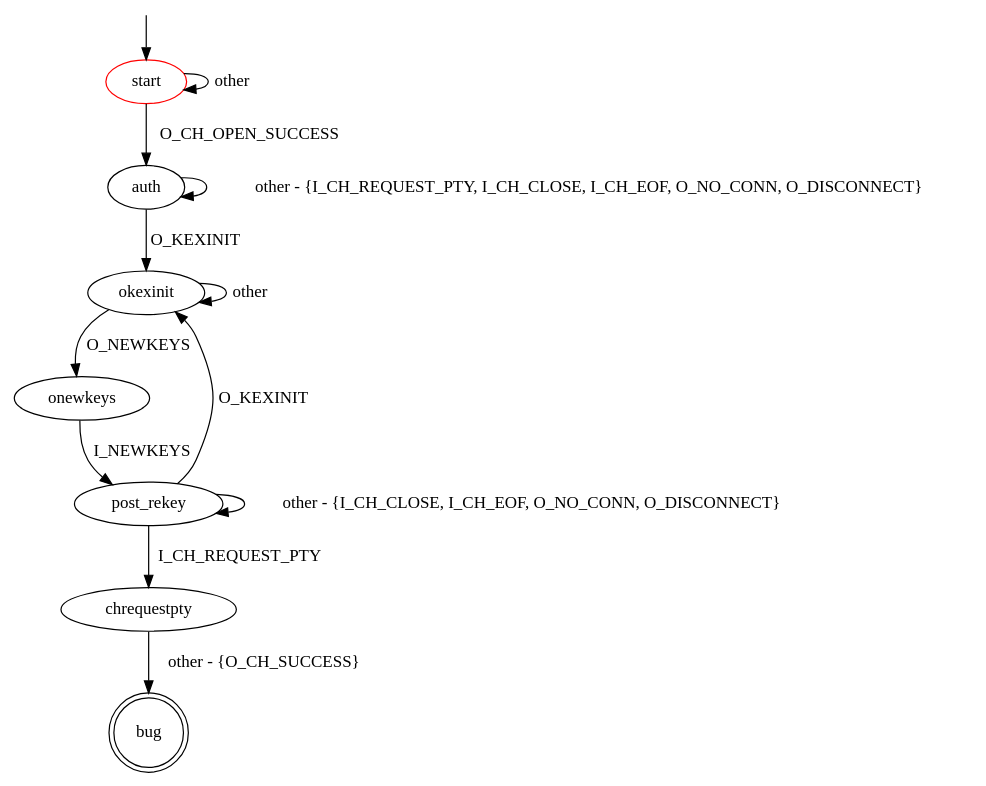
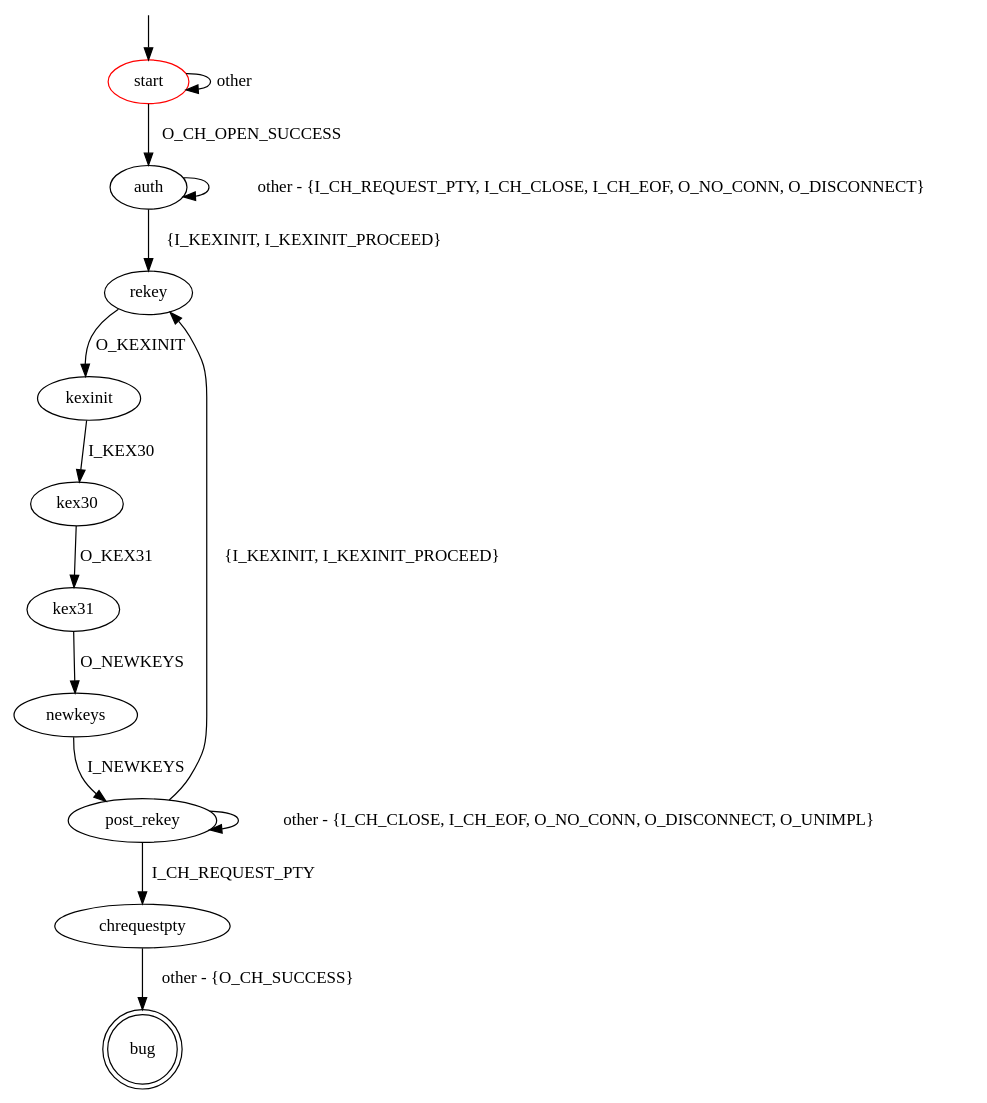
Before and after one commit to assist-project/state-machine-bug-finder: the diagram in src/main/resources/patterns/ssh/channel_request_failure_after_rekey.dot, drawn with Graphviz. The commit also changed 2 other files, not shown here.

Commit message:
Updated bug patterns for rekey-related bugs

```diff
--- a/src/main/resources/patterns/ssh/channel_request_failure_after_rekey.dot
+++ b/src/main/resources/patterns/ssh/channel_request_failure_after_rekey.dot
@@ -1,27 +1,27 @@
 digraph G {
 label=""
 start [color="red"]
 bug [shape="doublecircle"]
 
 start -> auth [label="O_CH_OPEN_SUCCESS"]
 start -> start [label="other"]
 
-auth -> okexinit [label="O_KEXINIT"]
+auth -> rekey [label="{I_KEXINIT, I_KEXINIT_PROCEED}"]
 auth -> auth [label="other - {I_CH_REQUEST_PTY, I_CH_CLOSE, I_CH_EOF, O_NO_CONN, O_DISCONNECT}"]
 
-okexinit -> onewkeys [label="O_NEWKEYS"]
-okexinit -> okexinit [label="other"]
-
-onewkeys -> post_rekey [label="I_NEWKEYS"]
-
-
-post_rekey -> okexinit [label="O_KEXINIT"]
-post_rekey -> post_rekey [label="other - {I_CH_CLOSE, I_CH_EOF, O_NO_CONN, O_DISCONNECT}"]
+post_rekey -> rekey [label="{I_KEXINIT, I_KEXINIT_PROCEED}"]
+post_rekey -> post_rekey [label="other - {I_CH_CLOSE, I_CH_EOF, O_NO_CONN, O_DISCONNECT, O_UNIMPL}"]
 
 post_rekey -> chrequestpty [label="I_CH_REQUEST_PTY"]
  
 chrequestpty -> bug [label="other - {O_CH_SUCCESS}"]
 
+rekey -> kexinit [label="O_KEXINIT"]
+kexinit -> kex30 [label="I_KEX30"]
+kex30 -> kex31 [label="O_KEX31"]
+kex31 -> newkeys [label="O_NEWKEYS"]
+newkeys -> post_rekey [label="I_NEWKEYS"]
+
 __start0 [label="" shape="none" width="0" height="0"];
 __start0 -> start;
 }
```
